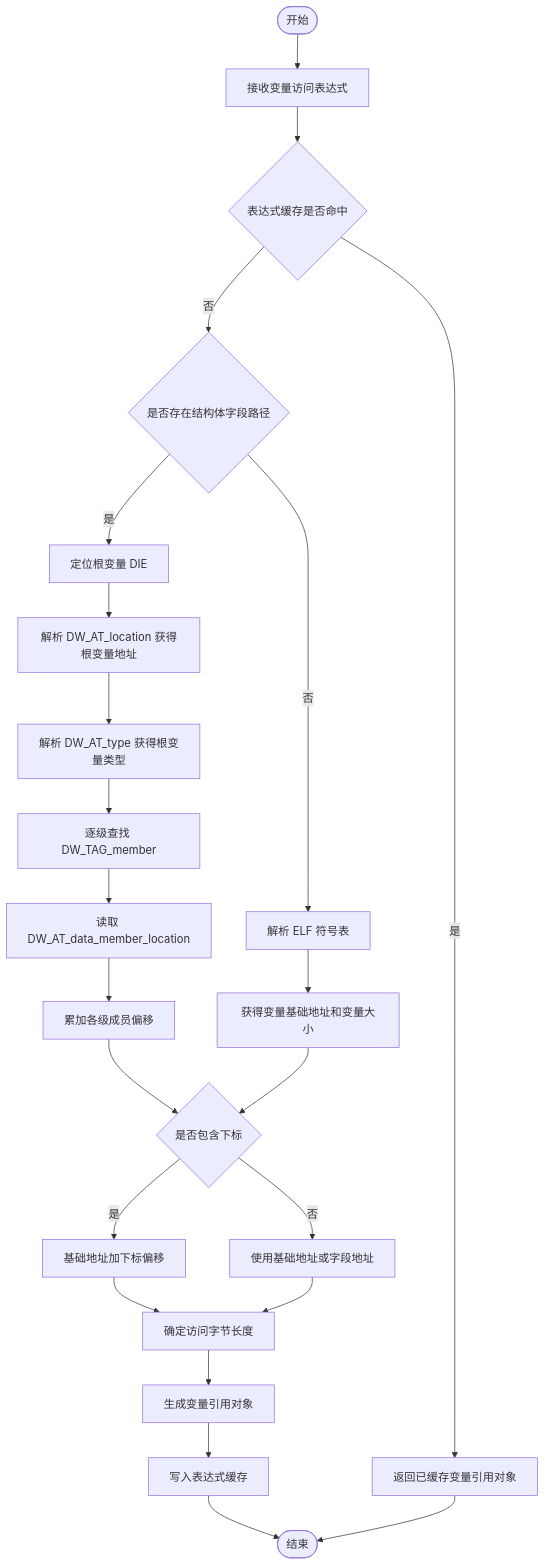
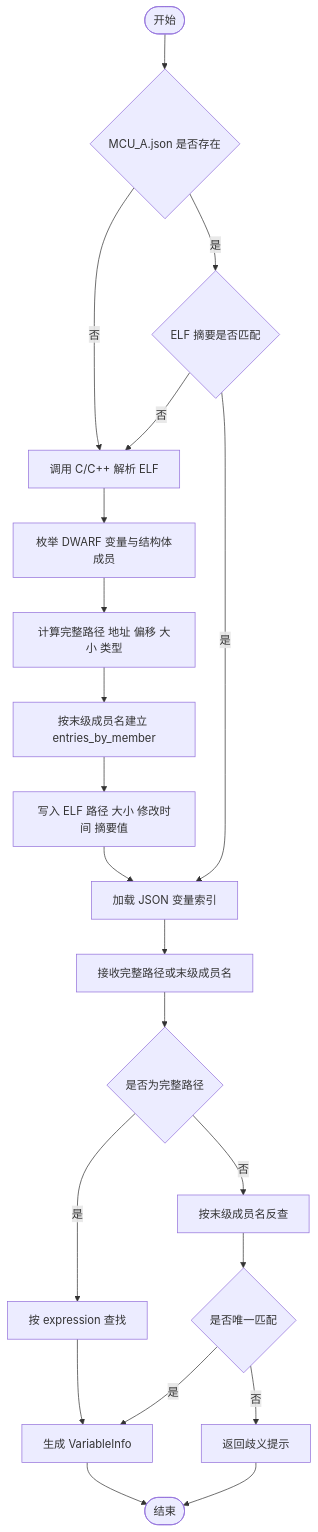
One commit to Dream-007/TC397Tools changed the second of 5 diagrams in docs/TC397_ELF_DAP_PATENT_DRAFT.md. Above: the diagram before and after it, drawn with Mermaid. The commit also changed other lines of this file and 25 other files, not shown here.

````diff
--- a/docs/TC397_ELF_DAP_PATENT_DRAFT.md
+++ b/docs/TC397_ELF_DAP_PATENT_DRAFT.md
@@ -221,29 +274,23 @@
 ```mermaid
 flowchart TD
-    A([开始]) --> B[接收变量访问表达式]
-    B --> C{表达式缓存是否命中}
-    C -- 是 --> D[返回已缓存变量引用对象]
-    C -- 否 --> E{是否存在结构体字段路径}
-
-    E -- 是 --> F[定位根变量 DIE]
-    F --> G[解析 DW_AT_location 获得根变量地址]
-    G --> H[解析 DW_AT_type 获得根变量类型]
-    H --> I[逐级查找 DW_TAG_member]
-    I --> J[读取 DW_AT_data_member_location]
-    J --> K[累加各级成员偏移]
-
-    E -- 否 --> L[解析 ELF 符号表]
-    L --> M[获得变量基础地址和变量大小]
-
-    K --> N{是否包含下标}
-    M --> N
-    N -- 是 --> O[基础地址加下标偏移]
-    N -- 否 --> P[使用基础地址或字段地址]
-
-    O --> Q[确定访问字节长度]
+    A([开始]) --> B{MCU_A.json 是否存在}
+    B -- 否 --> C[调用 C/C++ 解析 ELF]
+    B -- 是 --> D{ELF 摘要是否匹配}
+    D -- 否 --> C
+    D -- 是 --> E[加载 JSON 变量索引]
+    C --> F[枚举 DWARF 变量与结构体成员]
+    F --> G[计算完整路径 地址 偏移 大小 类型]
+    G --> H[按末级成员名建立 entries_by_member]
+    H --> I[写入 ELF 路径 大小 修改时间 摘要值]
+    I --> E
+    E --> J[接收完整路径或末级成员名]
+    J --> K{是否为完整路径}
+    K -- 是 --> L[按 expression 查找]
+    K -- 否 --> M[按末级成员名反查]
+    L --> N[生成 VariableInfo]
+    M --> O{是否唯一匹配}
+    O -- 是 --> N
+    O -- 否 --> P[返回歧义提示]
+    N --> Q([结束])
     P --> Q
-    Q --> R[生成变量引用对象]
-    R --> S[写入表达式缓存]
-    S --> T([结束])
-    D --> T
 ```
````
